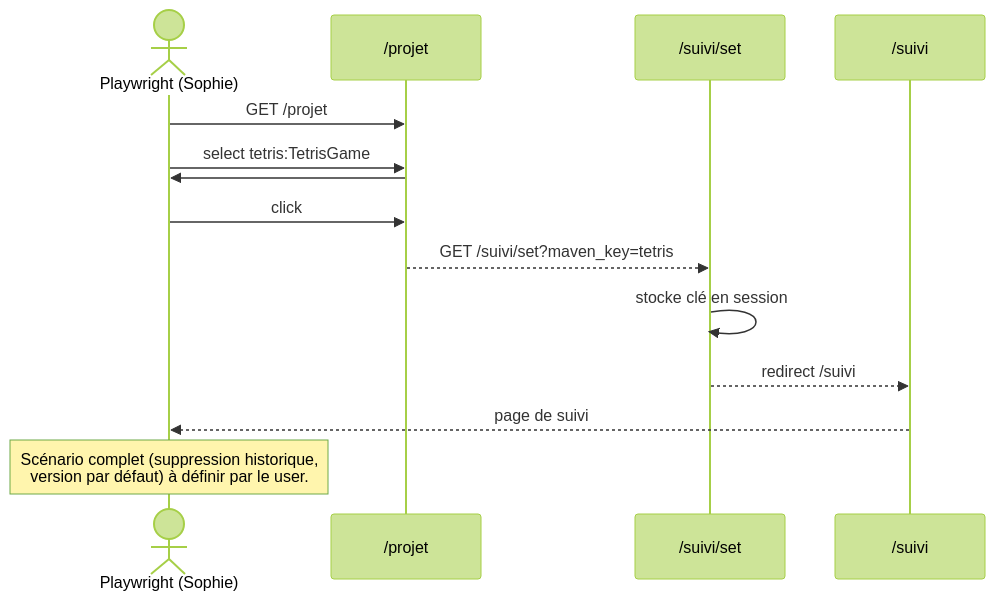
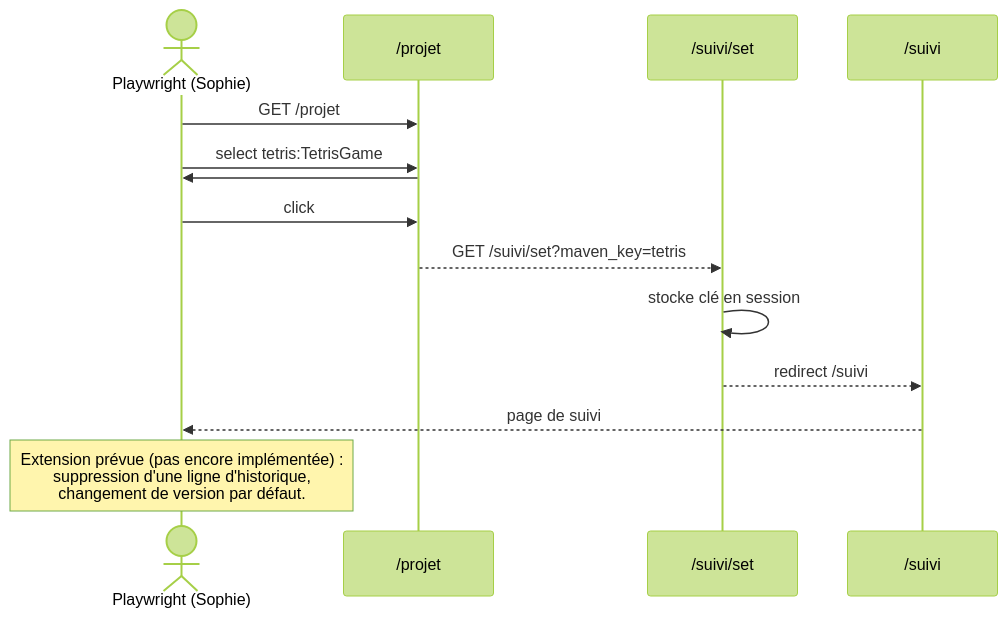
The eighth of 12 diagrams in mkDocs/docs/ma-moulinette/developpement/test-e2e.md (Laurent-hadjadj/ma-moulinette), drawn with Mermaid (forest theme) before and after one commit. The commit also changed other lines of this file and 7 other files, not shown here.

````diff
--- a/mkDocs/docs/ma-moulinette/developpement/test-e2e.md
+++ b/mkDocs/docs/ma-moulinette/developpement/test-e2e.md
@@ -326,19 +366,19 @@
 ```mermaid
 sequenceDiagram
     actor PW as Playwright (Sophie)
     participant Projet as /projet
     participant SuiviSet as /suivi/set
     participant Suivi as /suivi
 
     PW->>Projet: GET /projet
     PW->>Projet: select tetris:TetrisGame
     Projet->>PW: #bouton-tableau-de-bord activé
 
     PW->>Projet: click #bouton-tableau-de-bord
     Projet-->>SuiviSet: GET /suivi/set?maven_key=tetris
     SuiviSet->>SuiviSet: stocke clé en session
     SuiviSet-->>Suivi: redirect /suivi
     Suivi-->>PW: page de suivi
 
-    Note over PW: Scénario complet (suppression historique,<br/>version par défaut) à définir par le user.
+    Note over PW: Extension prévue (pas encore implémentée) :<br/>suppression d'une ligne d'historique,<br/>changement de version par défaut.
 ```
````
